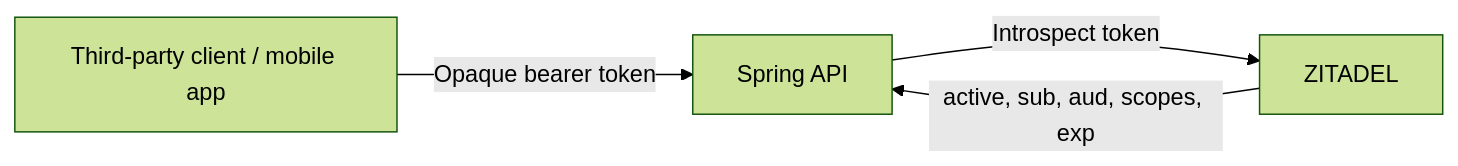
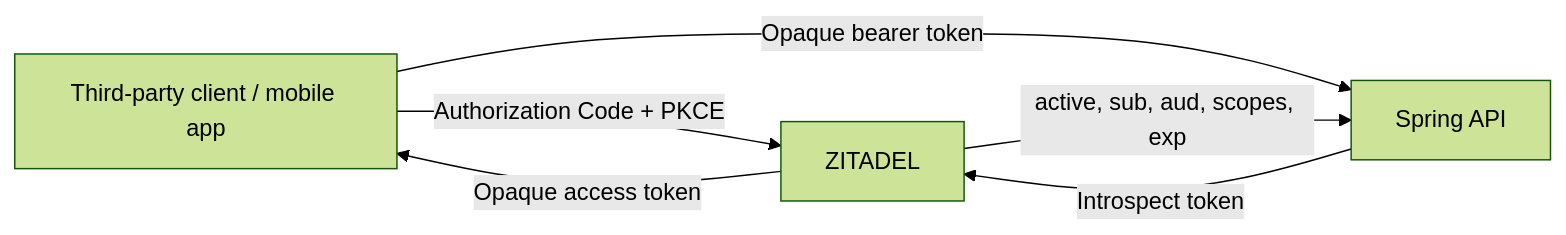
Before and after one commit to CXwudi/nijigen-video-site: the second of 2 diagrams in design-log/adl/008-zitadel-with-opaque-token-introspection.md, drawn with Mermaid (forest theme).

Commit message:
📝 docs(adl): show initial opaque token flow

````diff
--- a/design-log/adl/008-zitadel-with-opaque-token-introspection.md
+++ b/design-log/adl/008-zitadel-with-opaque-token-introspection.md
@@ -27,6 +27,12 @@
 ```mermaid
 flowchart LR
-    C[Third-party client / mobile app] -->|Opaque bearer token| A[Spring API]
-    A -->|Introspect token| Z[ZITADEL]
+    C[Third-party client / mobile app]
+    Z[ZITADEL]
+    A[Spring API]
+
+    C -->|Authorization Code + PKCE| Z
+    Z -->|Opaque access token| C
+    C -->|Opaque bearer token| A
+    A -->|Introspect token| Z
     Z -->|active, sub, aud, scopes, exp| A
 ```
````
